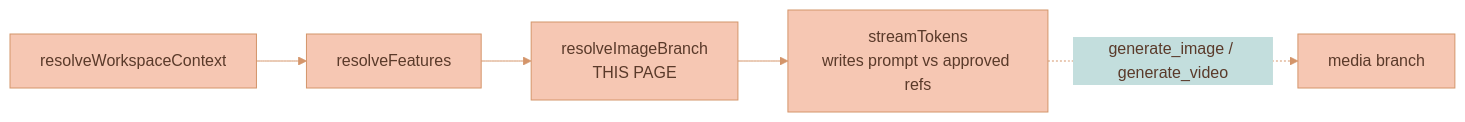
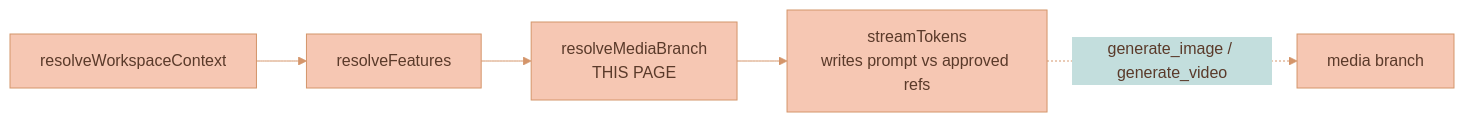
Before and after one commit to Lixpi/lixpi: the second of 3 diagrams in documentation/media-generation/BRANCH-LINEAGE.md, drawn with Mermaid. The commit also changed other lines of this file and 40 other files, not shown here.

Commit message:
LIX-307 # Rename image-branch resolver to media-branch resolver for image/video parity

````diff
--- a/documentation/media-generation/BRANCH-LINEAGE.md
+++ b/documentation/media-generation/BRANCH-LINEAGE.md
@@ -155,8 +155,8 @@
 ```mermaid
 %%{init: {'theme': 'base', 'themeVariables': { 'primaryColor': '#F6C7B3', 'primaryTextColor': '#5a3a2a', 'primaryBorderColor': '#d4956a', 'secondaryColor': '#C3DEDD', 'secondaryTextColor': '#1a3a47', 'secondaryBorderColor': '#4a8a9d', 'tertiaryColor': '#DCECE9', 'tertiaryTextColor': '#1a3a47', 'tertiaryBorderColor': '#82B2C0', 'lineColor': '#d4956a', 'textColor': '#5a3a2a'}}}%%
 graph LR
     Relevance[resolveWorkspaceContext] --> Features[resolveFeatures]
-    Features --> Branch[resolveImageBranch<br/>THIS PAGE]
+    Features --> Branch[resolveMediaBranch<br/>THIS PAGE]
     Branch --> Stream[streamTokens<br/>writes prompt vs approved refs]
     Stream -.->|generate_image / generate_video| Media[media branch]
 ```
````
